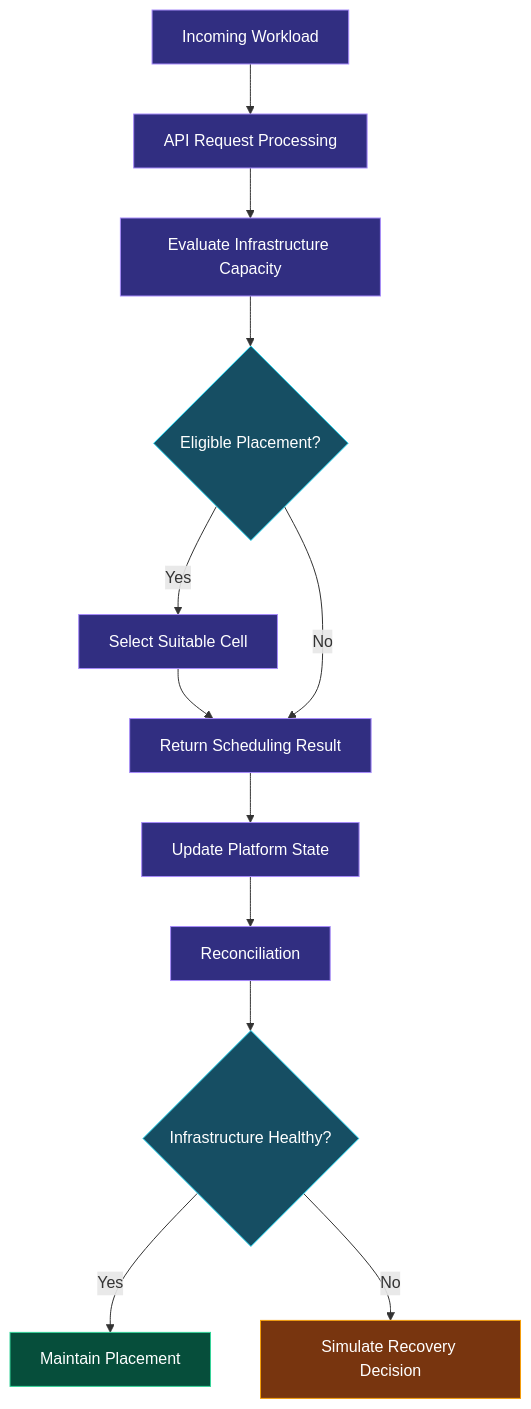
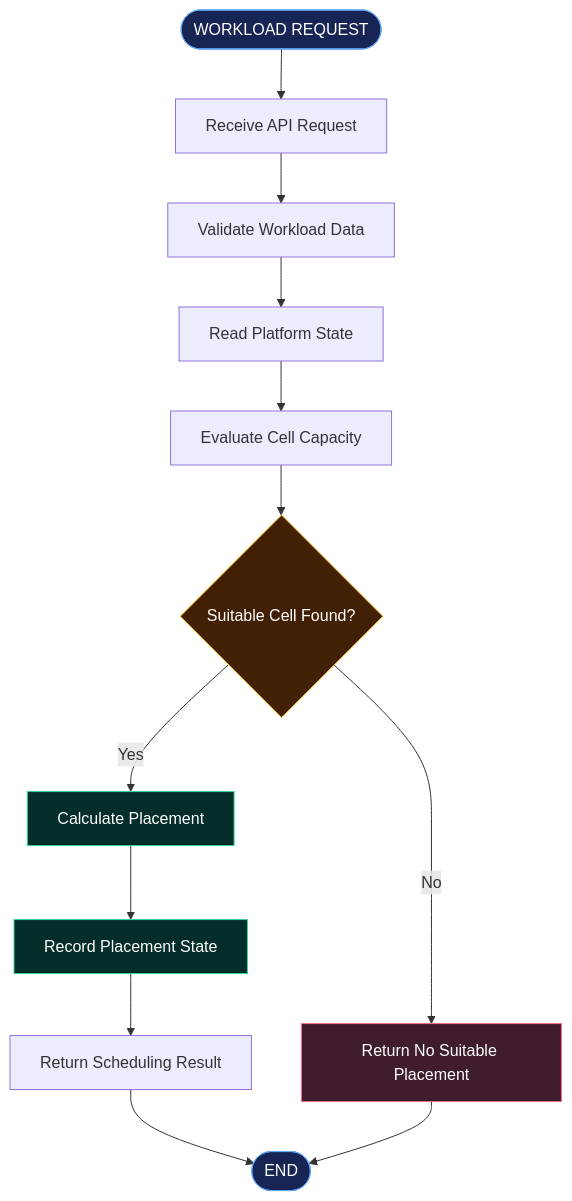
The second of 2 diagrams in README.md (akankshad1712/cellforge-x-multi-cluster-platform), drawn with Mermaid before and after one commit. The commit also changed other lines of this file, not shown here.

````diff
--- a/README.md
+++ b/README.md
@@ -159,30 +124,25 @@
 ```mermaid
 flowchart TD
-    A["Incoming Workload"]
-    B["API Request Processing"]
-    C["Evaluate Infrastructure Capacity"]
-    D{"Eligible Placement?"}
-    E["Select Suitable Cell"]
-    F["Return Scheduling Result"]
-    G["Update Platform State"]
-    H["Reconciliation"]
-    I{"Infrastructure Healthy?"}
-    J["Maintain Placement"]
-    K["Simulate Recovery Decision"]
+    A(["WORKLOAD REQUEST"])
+    B["Receive API Request"]
+    C["Validate Workload Data"]
+    D["Read Platform State"]
+    E["Evaluate Cell Capacity"]
+    F{"Suitable Cell Found?"}
+    G["Calculate Placement"]
+    H["Record Placement State"]
+    I["Return Scheduling Result"]
+    J["Return No Suitable Placement"]
+    K(["END"])
 
-    A --> B --> C --> D
-    D -->|Yes| E --> F --> G --> H --> I
-    D -->|No| F
-    I -->|Yes| J
-    I -->|No| K
+    A --> B --> C --> D --> E --> F
+    F -->|Yes| G --> H --> I --> K
+    F -->|No| J --> K
 
-    classDef process fill:#312E81,stroke:#A78BFA,color:#FFFFFF
-    classDef decision fill:#164E63,stroke:#22D3EE,color:#FFFFFF
-    classDef success fill:#064E3B,stroke:#34D399,color:#FFFFFF
-    classDef recovery fill:#78350F,stroke:#F59E0B,color:#FFFFFF
-
-    class A,B,C,E,F,G,H process
-    class D,I decision
-    class J success
-    class K recovery
+    style A fill:#172554,stroke:#60A5FA,color:#fff
+    style F fill:#422006,stroke:#FBBF24,color:#fff
+    style G fill:#052E2B,stroke:#34D399,color:#fff
+    style H fill:#052E2B,stroke:#34D399,color:#fff
+    style J fill:#3F1D2E,stroke:#FB7185,color:#fff
+    style K fill:#172554,stroke:#60A5FA,color:#fff
 ```
````
